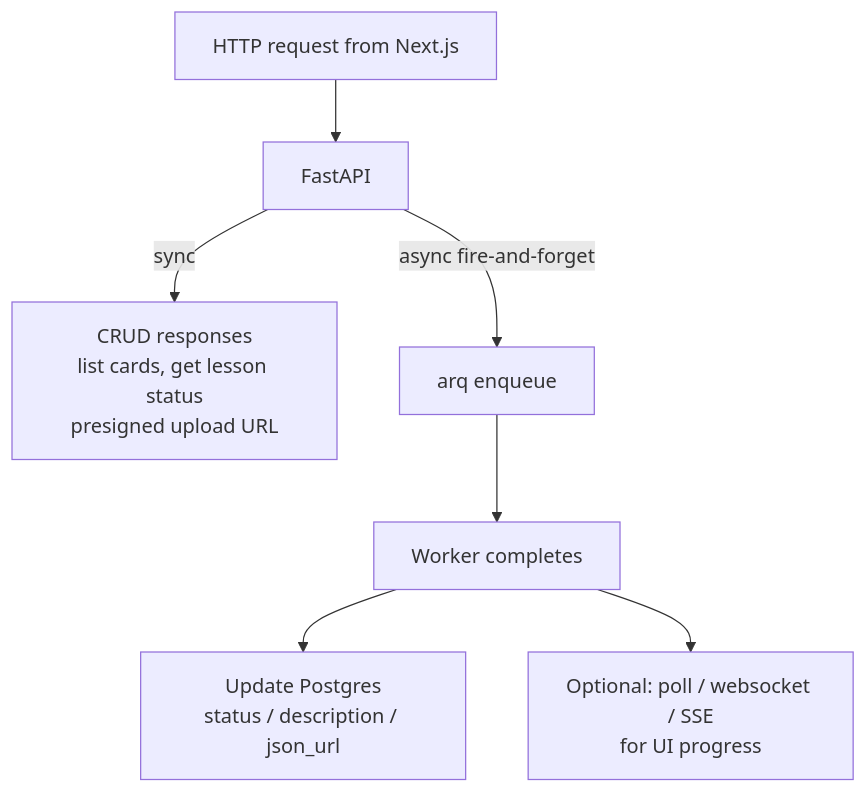
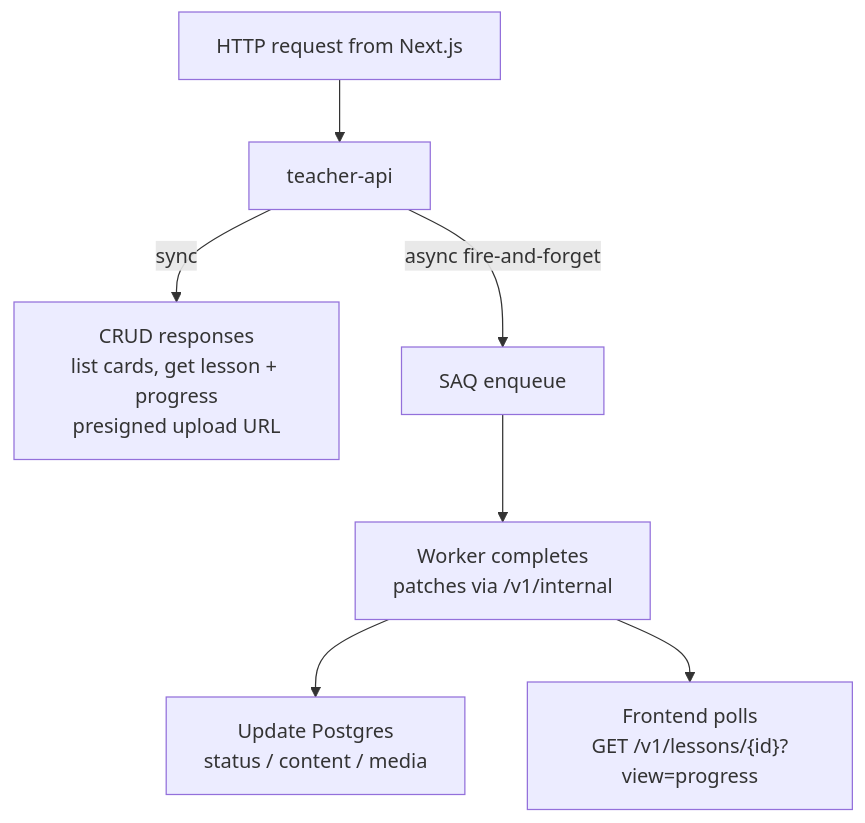
The third of 5 diagrams in docs/architecture/01-system-overview.md (BasselSallam2/teacher-mock), drawn with Mermaid before and after one commit. The commit also changed other lines of this file and 10 other files, not shown here.

Commit message:
Enhance README and add system overview documentation; update media handling and lesson planning architecture. Introduce nested media folders and clarify production stack details.

````diff
--- a/docs/architecture/01-system-overview.md
+++ b/docs/architecture/01-system-overview.md
@@ -115,11 +94,11 @@
 ```mermaid
 flowchart TB
-  Req["HTTP request from Next.js"] --> API["FastAPI"]
+  Req["HTTP request from Next.js"] --> API["teacher-api"]
 
-  API -->|sync| SyncPath["CRUD responses\nlist cards, get lesson status\npresigned upload URL"]
-  API -->|async fire-and-forget| Q["arq enqueue"]
+  API -->|sync| SyncPath["CRUD responses\nlist cards, get lesson + progress\npresigned upload URL"]
+  API -->|async fire-and-forget| Q["SAQ enqueue"]
 
-  Q --> JobDone["Worker completes"]
-  JobDone --> DBWrite["Update Postgres\nstatus / description / json_url"]
-  JobDone --> OptionalWS["Optional: poll / websocket / SSE\nfor UI progress"]
+  Q --> JobDone["Worker completes\npatches via /v1/internal"]
+  JobDone --> DBWrite["Update Postgres\nstatus / content / media"]
+  JobDone --> Poll["Frontend polls\nGET /v1/lessons/{id}?view=progress"]
 ```
````
